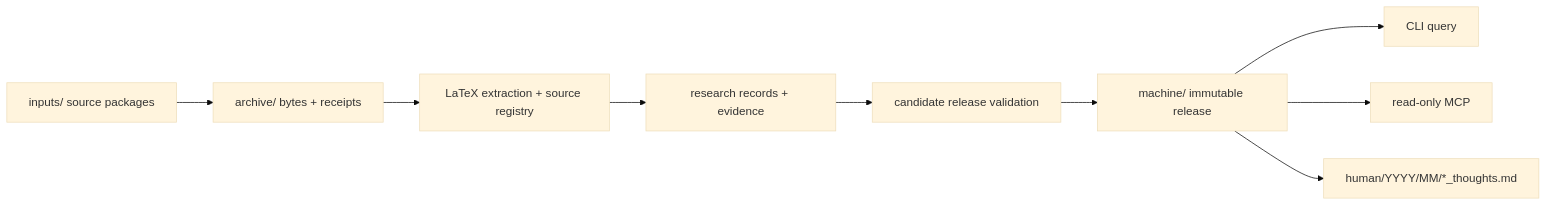
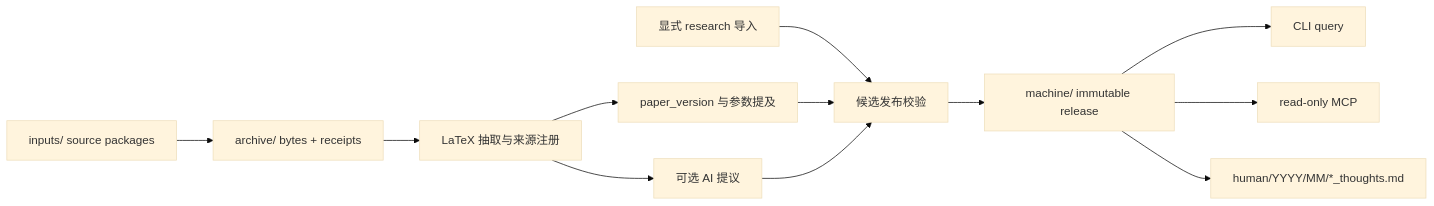
The first of 2 diagrams in docs/design/DESIGN.zh-CN.md (Guangqi-Phys/qec-graph), drawn with Mermaid (base theme) before and after one commit. The commit also changed other lines of this file and 5 other files, not shown here.

Commit message:
docs(design): align architecture and formats with implemented behavior (G1)

````diff
--- a/docs/design/DESIGN.zh-CN.md
+++ b/docs/design/DESIGN.zh-CN.md
@@ -76,11 +76,14 @@
 ```mermaid
 flowchart LR
     Inputs["inputs/ source packages"] --> Archive["archive/ bytes + receipts"]
-    Archive --> Extract["LaTeX extraction + source registry"]
-    Extract --> Records["research records + evidence"]
-    Records --> Validate["candidate release validation"]
+    Archive --> Extract["LaTeX 抽取与来源注册"]
+    Extract --> Records["paper_version 与参数提及"]
+    Extract --> Proposals["可选 AI 提议"]
+    Manual["显式 research 导入"] --> Validate["候选发布校验"]
+    Records --> Validate
+    Proposals --> Validate
     Validate --> Machine["machine/ immutable release"]
     Machine --> CLI["CLI query"]
     Machine --> MCP["read-only MCP"]
     Machine --> Human["human/YYYY/MM/*_thoughts.md"]
 ```
````
